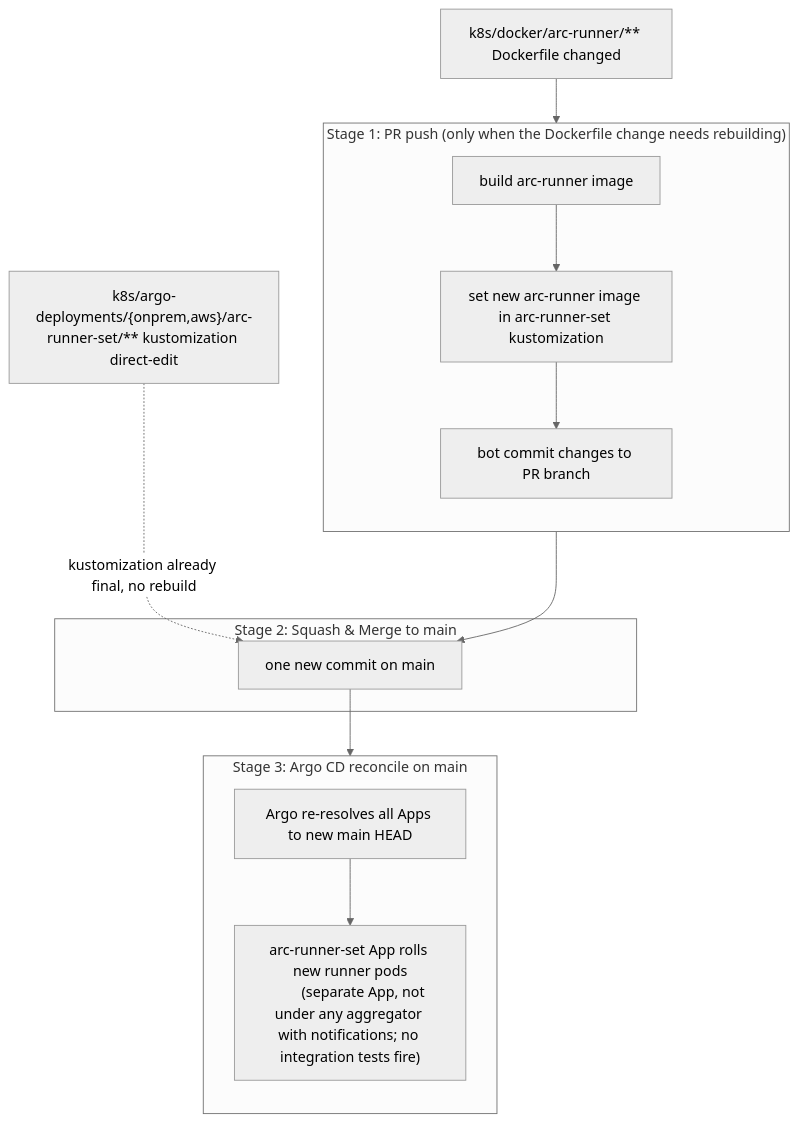
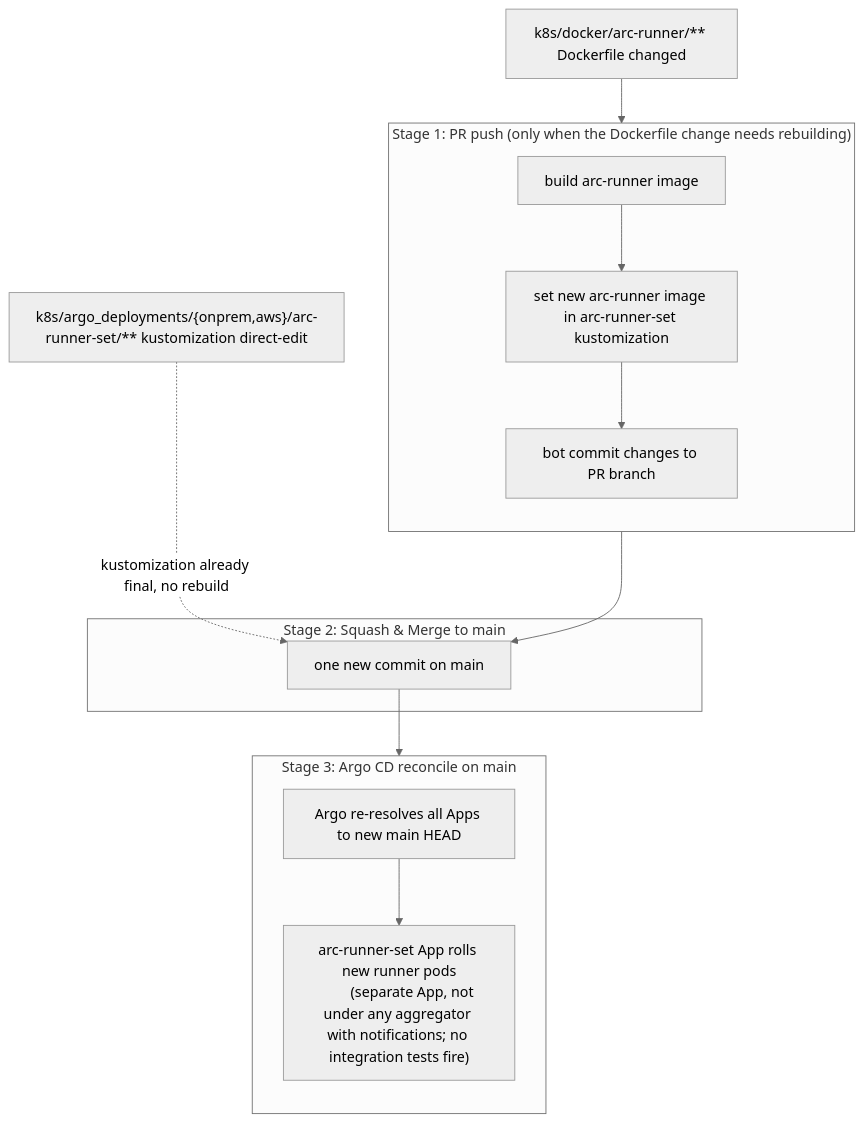
Before and after one commit to robodatalab/cortexgrid: the sixth of 8 diagrams in docs/k8s/cicd.md, drawn with Mermaid (neutral theme). The commit also changed other lines of this file and 42 other files, not shown here.

````diff
--- a/docs/k8s/cicd.md
+++ b/docs/k8s/cicd.md
@@ -324,32 +324,32 @@
 ```mermaid
 flowchart TB
     dsrc["k8s/docker/arc-runner/** Dockerfile changed"]
-    wl["k8s/argo-deployments/{onprem,aws}/arc-runner-set/** kustomization direct-edit"]
+    wl["k8s/argo_deployments/{onprem,aws}/arc-runner-set/** kustomization direct-edit"]
 
     subgraph S1["Stage 1: PR push (only when the Dockerfile change needs rebuilding)"]
         direction TB
         B1["build arc-runner image"]
         E1["set new arc-runner image in arc-runner-set kustomization"]
         C["bot commit changes to PR branch"]
         B1 --> E1
         E1 --> C
     end
 
     dsrc --> B1
 
     subgraph S2["Stage 2: Squash & Merge to main"]
         M["one new commit on main"]
     end
     C --> M
     wl -. kustomization already final, no rebuild .-> M
 
     subgraph S3["Stage 3: Argo CD reconcile on main"]
         direction TB
         Sync["Argo re-resolves all Apps to new main HEAD"]
         Roll_arc["arc-runner-set App rolls new runner pods
         (separate App, not under any aggregator with notifications; no integration tests fire)"]
 
         Sync --> Roll_arc
     end
     M --> Sync
 ```
````
